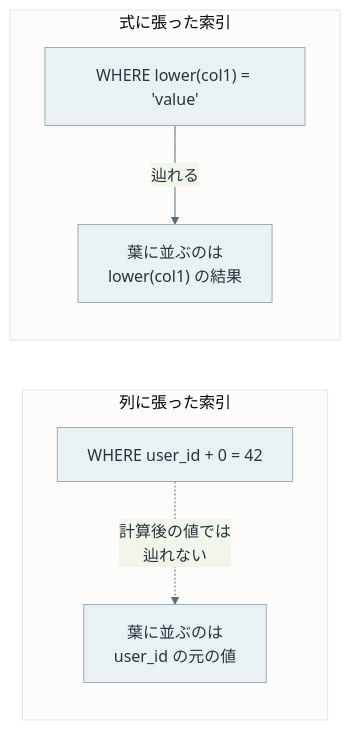
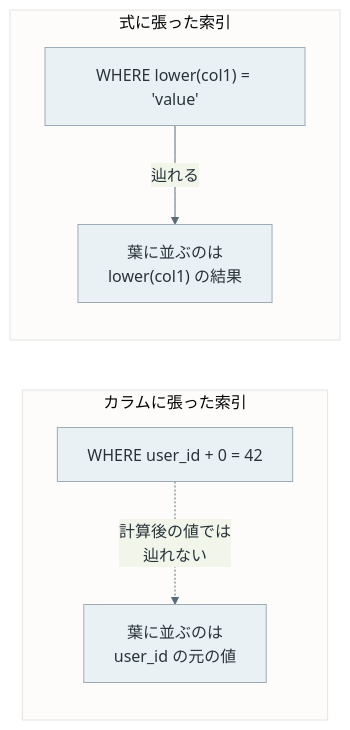
One commit to nao1215/debimate changed the seventh of 8 diagrams in content/notes/database-systems/index-scan/index.md. Above: the diagram before and after it, drawn with Mermaid. The commit also changed other lines of this file and 125 other files, not shown here.

````diff
--- a/content/notes/database-systems/index-scan/index.md
+++ b/content/notes/database-systems/index-scan/index.md
@@ -257,13 +276,13 @@
 ```mermaid
 %%{init: {"theme":"base","themeVariables":{"primaryColor":"#eaf1f5","primaryTextColor":"#28343b","primaryBorderColor":"#9cabb5","lineColor":"#596b76","textColor":"#28343b","actorBkg":"#eaf1f5","actorBorder":"#9cabb5","actorTextColor":"#28343b","actorLineColor":"#9cabb5","signalColor":"#596b76","signalTextColor":"#28343b","noteBkgColor":"#f7f1e5","noteBorderColor":"#c5b99b","noteTextColor":"#403c32","activationBkgColor":"#edf3ef","activationBorderColor":"#9aafa1"}}}%%
 flowchart LR
-    subgraph COL["列に張った索引"]
+    subgraph COL["カラムに張った索引"]
         direction TB
         Q1["WHERE user_id + 0 = 42"] -.->|"計算後の値では<br/>辿れない"| K1["葉に並ぶのは<br/>user_id の元の値"]
     end
     subgraph EXP["式に張った索引"]
         direction TB
         Q2["WHERE lower(col1) = 'value'"] -->|"辿れる"| K2["葉に並ぶのは<br/>lower(col1) の結果"]
     end
     classDef default fill:#eaf1f5,stroke:#9cabb5,color:#28343b;
 ```
````
